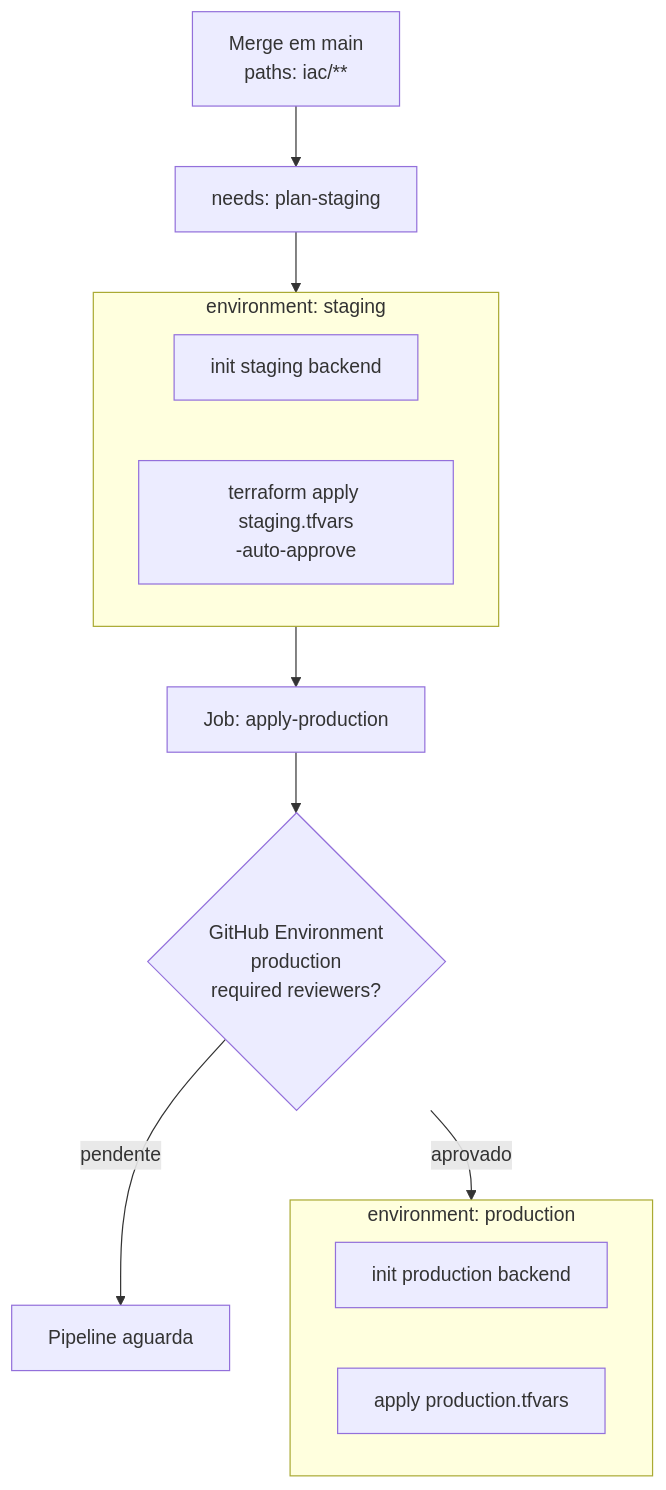
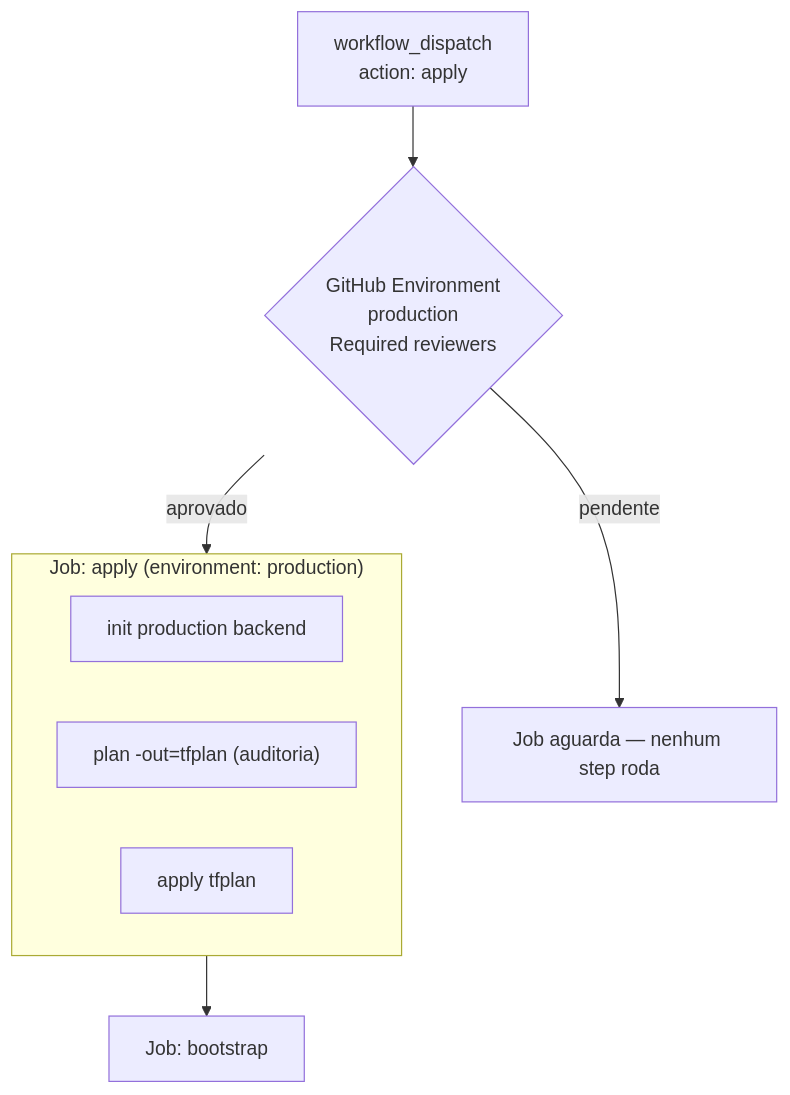
Before and after one commit to nikolastsdev/dito-devops-challenge: the third of 13 diagrams in docs/ci-cd/pipeline-diagrams.md, drawn with Mermaid. The commit also changed other lines of this file and 8 other files, not shown here.

First line of the commit message:
fix: split terraform workflows + unblock staging apply

````diff
--- a/docs/ci-cd/pipeline-diagrams.md
+++ b/docs/ci-cd/pipeline-diagrams.md
@@ -95,21 +100,14 @@
 ```mermaid
 flowchart TD
-    Merge["Merge em main<br/>paths: iac/**"] --> NeedPlan["needs: plan-staging"]
-    NeedPlan --> ApplySTG["Job: apply-staging"]
+    Disp["workflow_dispatch<br/>action: apply"] --> Gate{"GitHub Environment<br/>production<br/>Required reviewers"}
+    Gate -->|pendente| Wait["Job aguarda — nenhum step roda"]
+    Gate -->|aprovado| Apply
 
-    subgraph ApplySTG["environment: staging"]
-        A1["init staging backend"]
-        A2["terraform apply staging.tfvars<br/>-auto-approve"]
+    subgraph Apply["Job: apply (environment: production)"]
+        P1["init production backend"]
+        P2["plan -out=tfplan (auditoria)"]
+        P3["apply tfplan"]
     end
 
-    ApplySTG --> ApplyPRD["Job: apply-production"]
-    ApplyPRD --> Gate{"GitHub Environment<br/>production<br/>required reviewers?"}
-
-    Gate -->|aprovado| ApplyPRDJob["terraform apply production.tfvars"]
-    Gate -->|pendente| Wait["Pipeline aguarda"]
-
-    subgraph ApplyPRDJob["environment: production"]
-        P1["init production backend"]
-        P2["apply production.tfvars"]
-    end
+    Apply --> Bootstrap["Job: bootstrap"]
 ```
````
